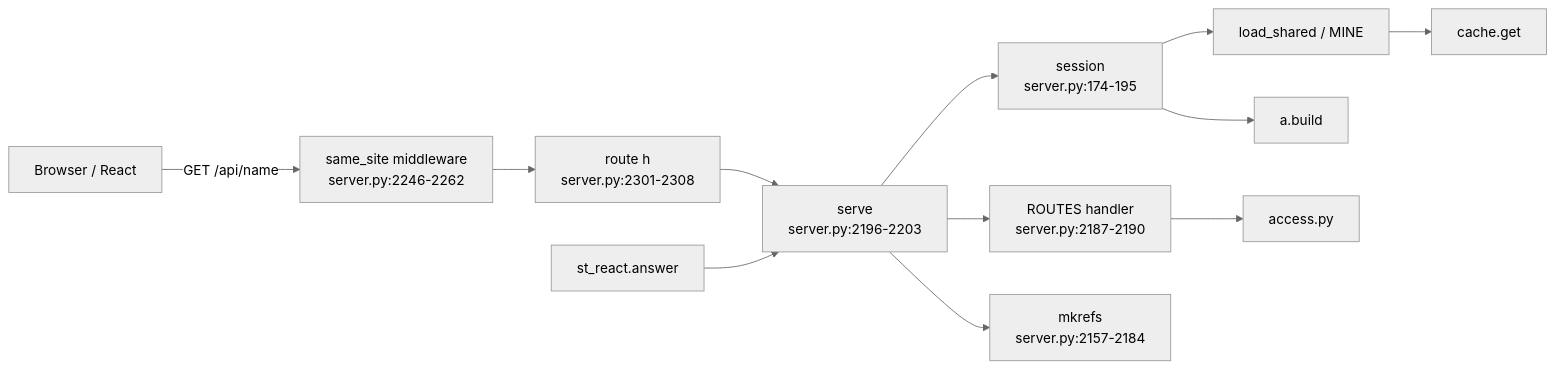
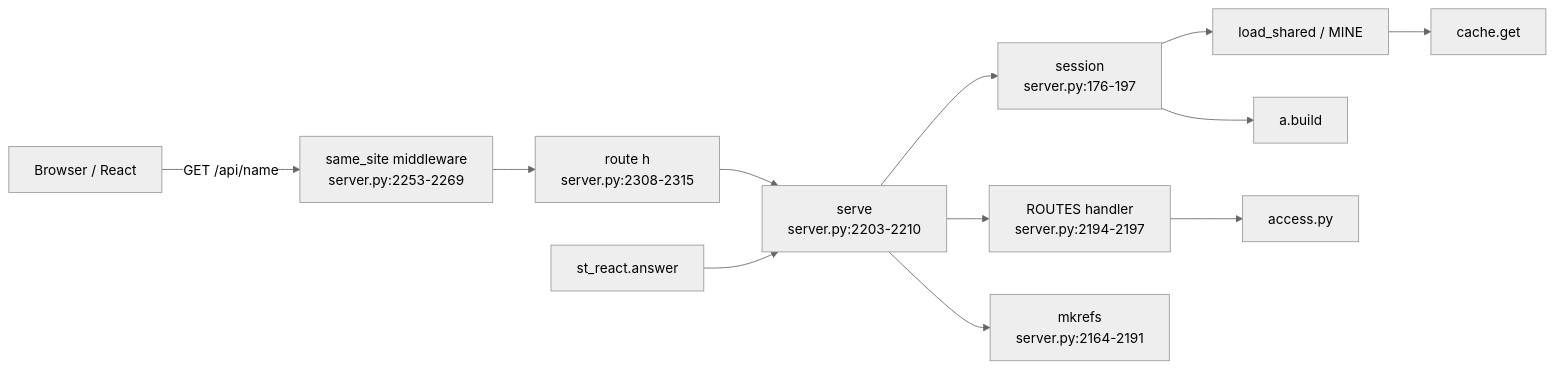
Before and after one commit to darshanmeel/snowflake-access-explorer: the first of 2 diagrams in snowflake-access-explorer-knowledge-graph/modules/server.md, drawn with Mermaid (neutral theme). The commit also changed other lines of this file and 147 other files, not shown here.

````diff
--- a/snowflake-access-explorer-knowledge-graph/modules/server.md
+++ b/snowflake-access-explorer-knowledge-graph/modules/server.md
@@ -5,14 +5,14 @@
 ```mermaid
 flowchart LR
-  B[Browser / React] -->|GET /api/name| MW[same_site middleware<br/>server.py:2246-2262]
-  MW --> R[route h<br/>server.py:2301-2308]
-  R --> SV[serve<br/>server.py:2196-2203]
-  SV --> SE[session<br/>server.py:174-195]
+  B[Browser / React] -->|GET /api/name| MW[same_site middleware<br/>server.py:2253-2269]
+  MW --> R[route h<br/>server.py:2308-2315]
+  R --> SV[serve<br/>server.py:2203-2210]
+  SV --> SE[session<br/>server.py:176-197]
   SE --> LS[load_shared / MINE]
   LS --> C[cache.get]
   SE --> AB[a.build]
-  SV --> H[ROUTES handler<br/>server.py:2187-2190]
+  SV --> H[ROUTES handler<br/>server.py:2194-2197]
   H --> A[access.py]
-  SV --> MK[mkrefs<br/>server.py:2157-2184]
+  SV --> MK[mkrefs<br/>server.py:2164-2191]
   ST[st_react.answer] --> SV
 ```
````
